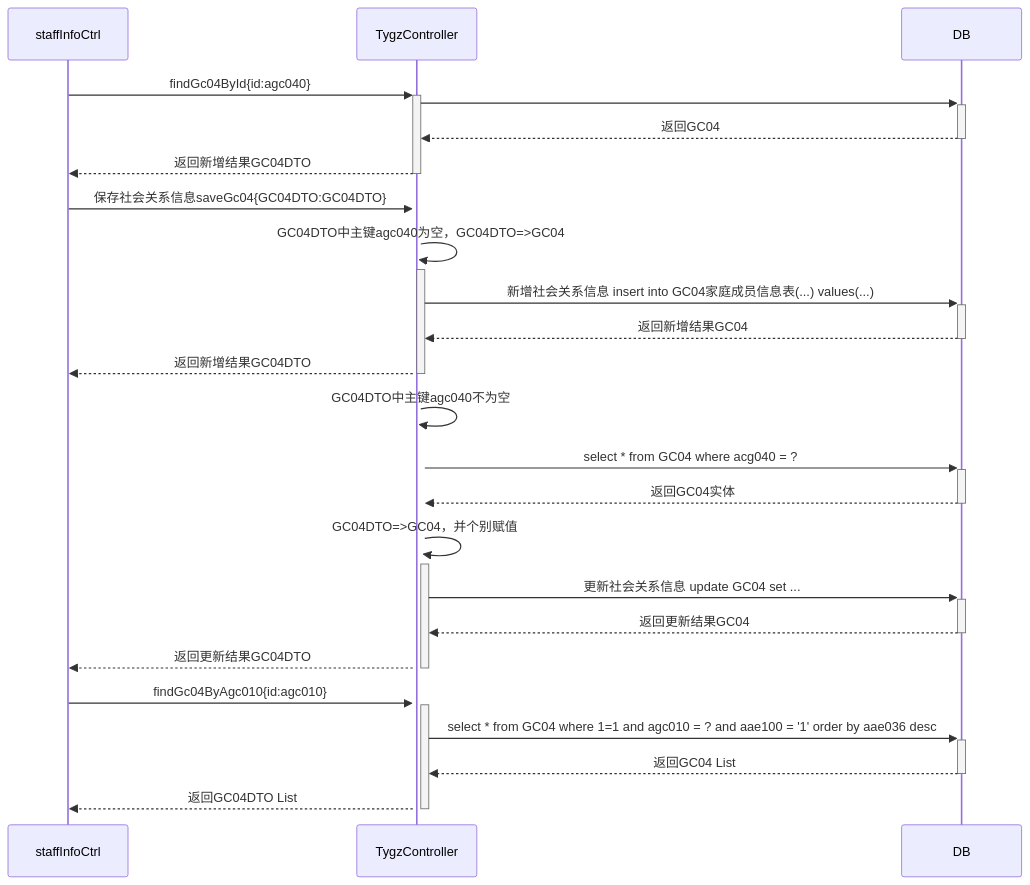
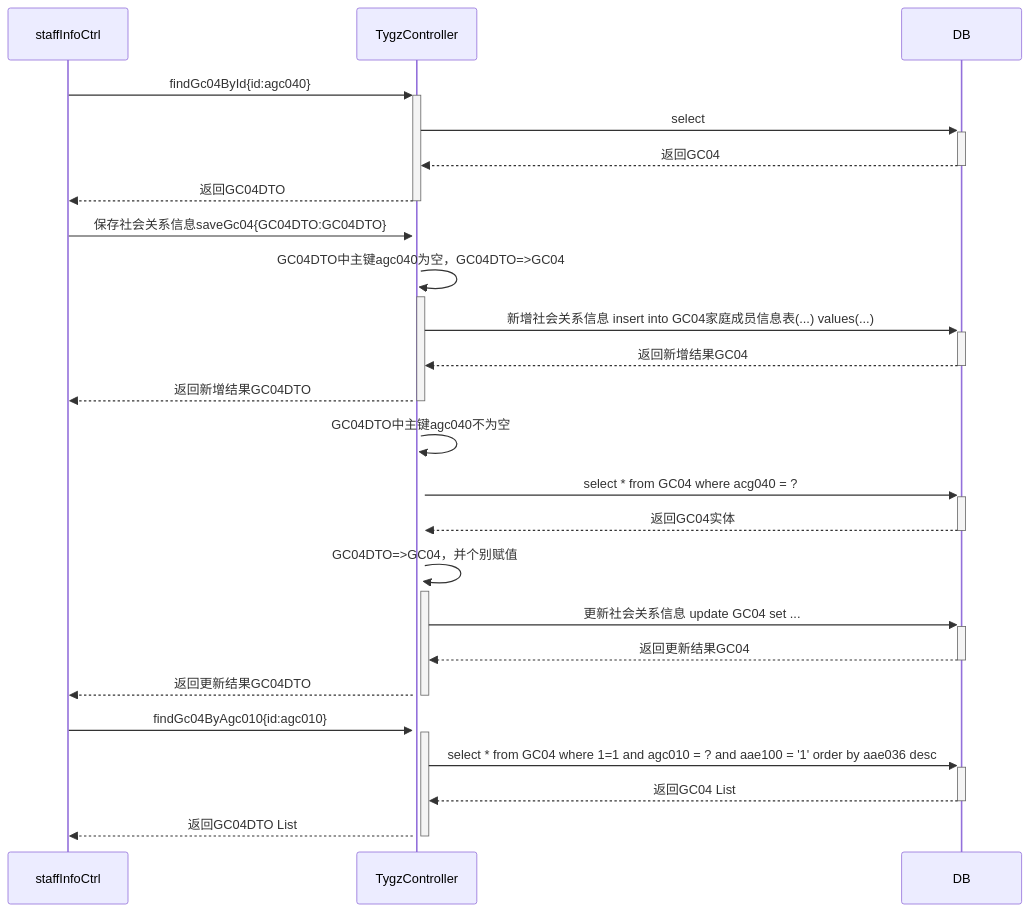
Before and after one commit to ZhangJianBeiJing/iodraw-files: the diagram in all/未命名.md, drawn with Mermaid.

Commit message:
2025-03-25 17:39:47 update

````diff
--- a/all/未命名.md
+++ b/all/未命名.md
@@ -1,25 +1,25 @@
 ```mermaid
 sequenceDiagram
     staffInfoCtrl->>+TygzController:findGc04ById{id:agc040}
-    TygzController->>+DB:
+    TygzController->>+DB:select 
     DB-->>-TygzController:返回GC04
-    TygzController-->>-staffInfoCtrl:返回新增结果GC04DTO
+    TygzController-->>-staffInfoCtrl:返回GC04DTO
 
     staffInfoCtrl->>+TygzController:保存社会关系信息saveGc04{GC04DTO:GC04DTO}
     TygzController->>+TygzController:GC04DTO中主键agc040为空，GC04DTO=>GC04
     TygzController->>+DB:新增社会关系信息 insert into GC04家庭成员信息表(...) values(...)
     DB-->>-TygzController:返回新增结果GC04
     TygzController-->>-staffInfoCtrl:返回新增结果GC04DTO
     TygzController->>+TygzController:GC04DTO中主键agc040不为空
     TygzController->>+DB:select * from GC04 where acg040 = ?
     DB-->>-TygzController:返回GC04实体
     TygzController->>+TygzController:GC04DTO=>GC04，并个别赋值
     TygzController->>+DB:更新社会关系信息 update GC04 set ...
     DB-->>-TygzController:返回更新结果GC04
     TygzController-->>-staffInfoCtrl:返回更新结果GC04DTO
 
     staffInfoCtrl->>+TygzController:findGc04ByAgc010{id:agc010}
     TygzController->>+DB:select * from GC04 where 1=1 and agc010 = ? and aae100 = '1' order by aae036 desc
     DB-->>-TygzController:返回GC04 List
     TygzController-->>-staffInfoCtrl:返回GC04DTO List
 ```
````
